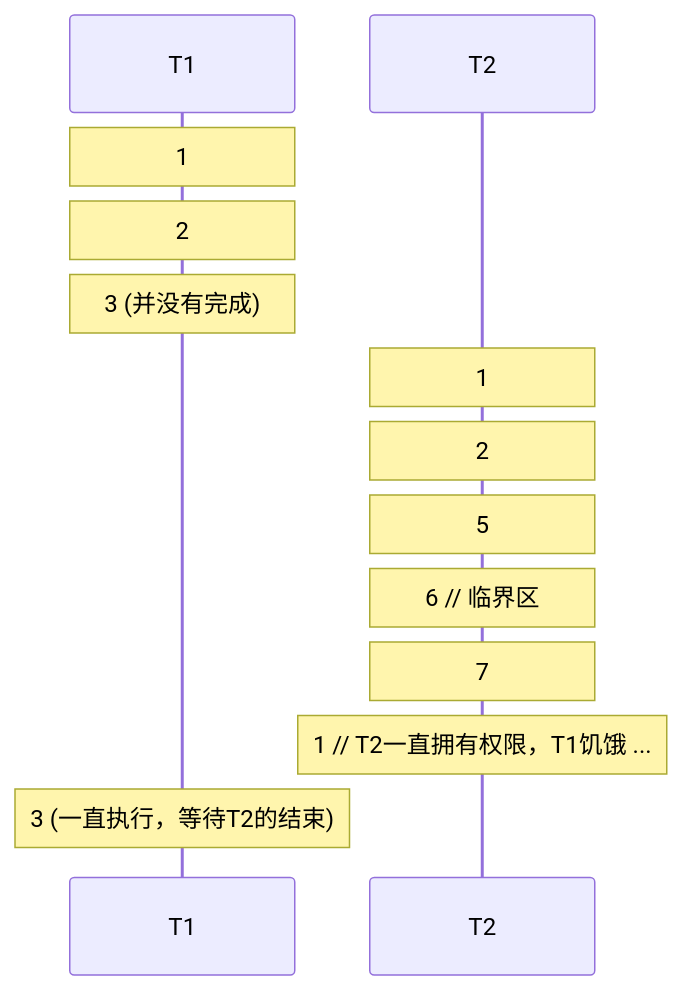
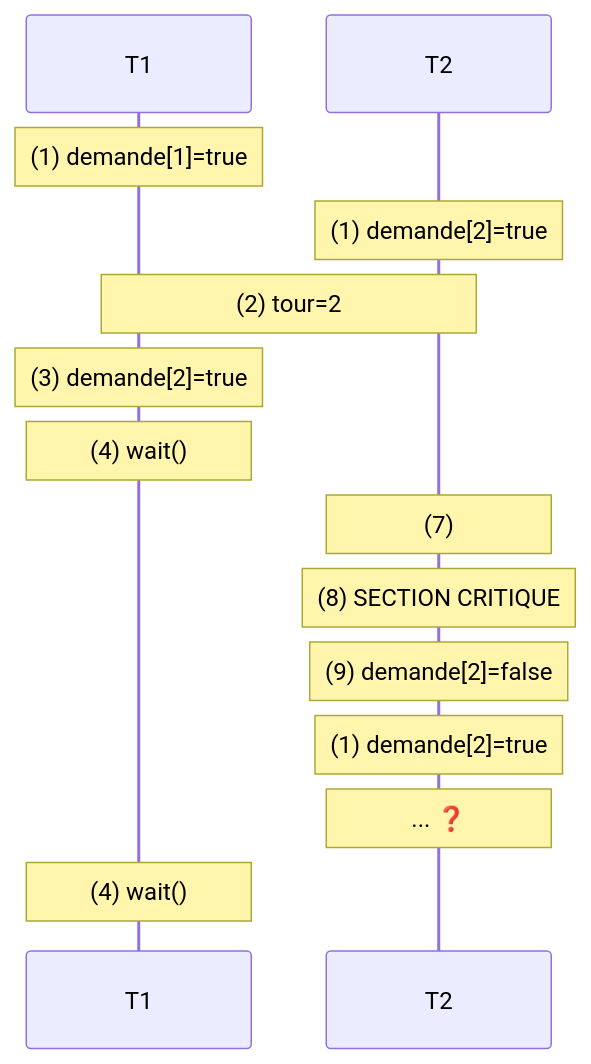
One commit to Dave0126/S7_2A_SN_ENSEEIHT changed the second of 5 diagrams in UE-Systèmes Concurrents et Communicants/Systèmes Concurrents/Examens/Tutorat_21  concurrent systeme.md. Above: the diagram before and after it, drawn with Mermaid. The commit also changed other lines of this file, not shown here.

````diff
--- a/UE-Systèmes Concurrents et Communicants/Systèmes Concurrents/Examens/Tutorat_21  concurrent systeme.md
+++ b/UE-Systèmes Concurrents et Communicants/Systèmes Concurrents/Examens/Tutorat_21  concurrent systeme.md
@@ -59,17 +59,23 @@
    ```mermaid
    sequenceDiagram
        participant T1
        participant T2
        
-       Note over T1 :1
-       Note over T1 :2
-       Note over T1 :3 (并没有完成)
-       Note over T2 :1
-       Note over T2 :2
-       Note over T2 :5
-       Note over T2 :6 // 临界区
-       Note over T2 :7
-       Note over T2 :1 // T2一直拥有权限，T1饥饿 ...
-       Note over T1 :3 (一直执行，等待T2的结束)
+       Note over T1 :(1) demande[1]=true
+       Note over T2 :(1) demande[2]=true
+       
+       Note over T1,T2 :(2) tour=2
+       
+       Note over T1 :(3) demande[2]=true
+       Note over T1 :(4) wait()
+       
+       Note over T2 :(7)
+       Note over T2 :(8) SECTION CRITIQUE
+       Note over T2 :(9) demande[2]=false
+       
+       Note over T2 :(1) demande[2]=true
+       Note over T2 :... ❓
+       
+       Note over T1 :(4) wait()
       
    ```
````
